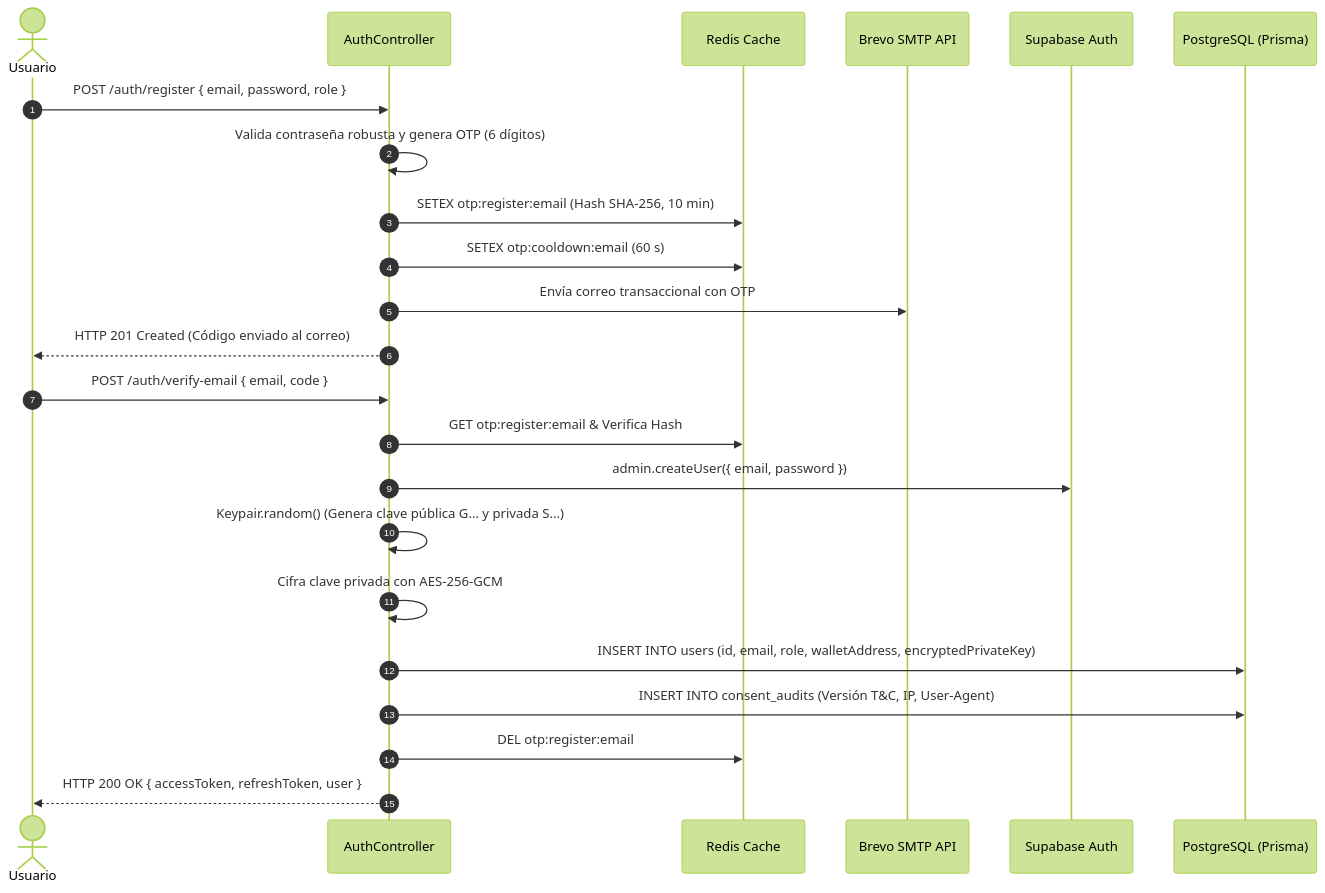
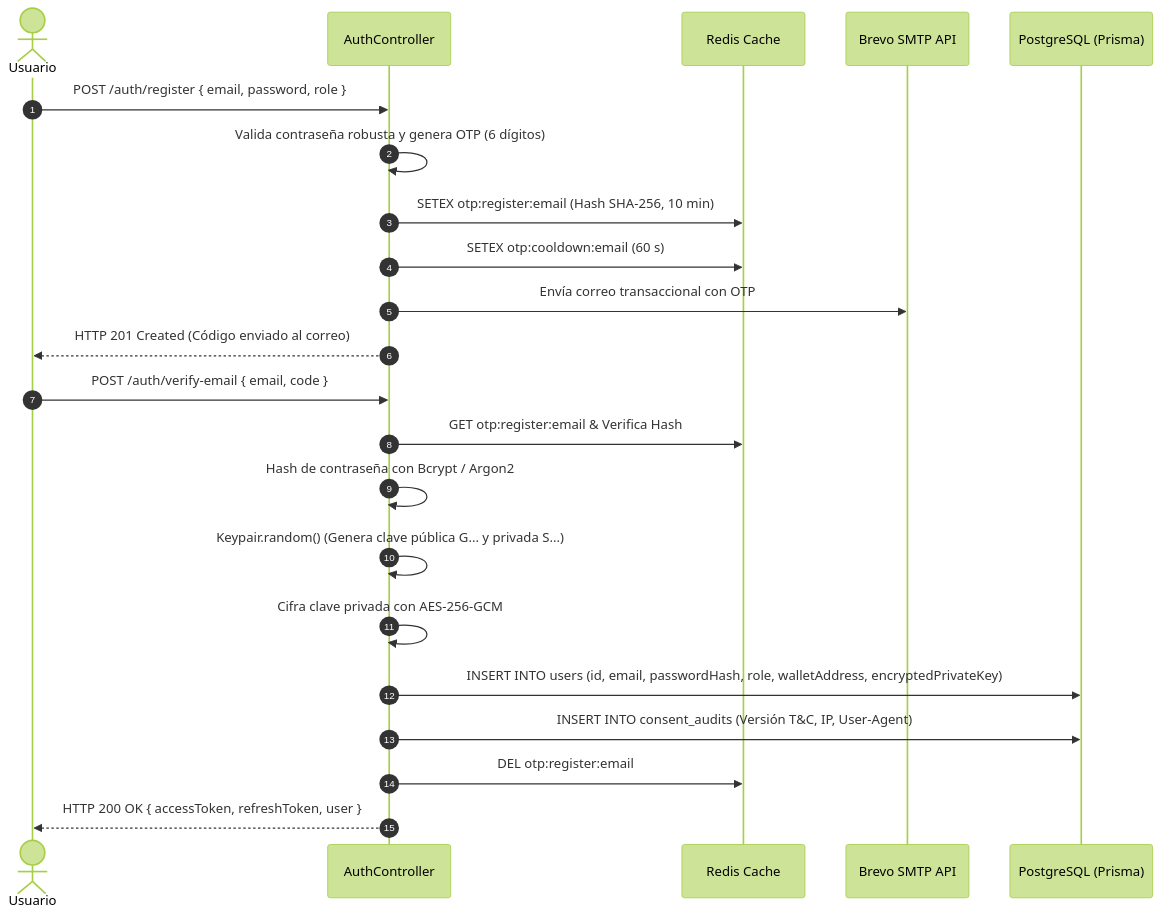
Before and after one commit to Livora-Labs/Livora-api-service: the fourth of 8 diagrams in docs/arc42-architecture-report.md, drawn with Mermaid (forest theme). The commit also changed other lines of this file and 12 other files, not shown here.

Commit message:
chore(docs,deps): complete purge of legacy BaaS residues, update architecture diagrams and prune lockfile

````diff
--- a/docs/arc42-architecture-report.md
+++ b/docs/arc42-architecture-report.md
@@ -201,27 +200,26 @@
 ```mermaid
 sequenceDiagram
     autonumber
     actor Usuario
     participant API as AuthController
     participant Redis as Redis Cache
     participant Brevo as Brevo SMTP API
-    participant Supabase as Supabase Auth
     participant DB as PostgreSQL (Prisma)
 
     Usuario->>API: POST /auth/register { email, password, role }
     API->>API: Valida contraseña robusta y genera OTP (6 dígitos)
     API->>Redis: SETEX otp:register:email (Hash SHA-256, 10 min)
     API->>Redis: SETEX otp:cooldown:email (60 s)
     API->>Brevo: Envía correo transaccional con OTP
     API-->>Usuario: HTTP 201 Created (Código enviado al correo)
 
     Usuario->>API: POST /auth/verify-email { email, code }
     API->>Redis: GET otp:register:email & Verifica Hash
-    API->>Supabase: admin.createUser({ email, password })
+    API->>API: Hash de contraseña con Bcrypt / Argon2
     API->>API: Keypair.random() (Genera clave pública G... y privada S...)
     API->>API: Cifra clave privada con AES-256-GCM
-    API->>DB: INSERT INTO users (id, email, role, walletAddress, encryptedPrivateKey)
+    API->>DB: INSERT INTO users (id, email, passwordHash, role, walletAddress, encryptedPrivateKey)
     API->>DB: INSERT INTO consent_audits (Versión T&C, IP, User-Agent)
     API->>Redis: DEL otp:register:email
     API-->>Usuario: HTTP 200 OK { accessToken, refreshToken, user }
 ```
````
